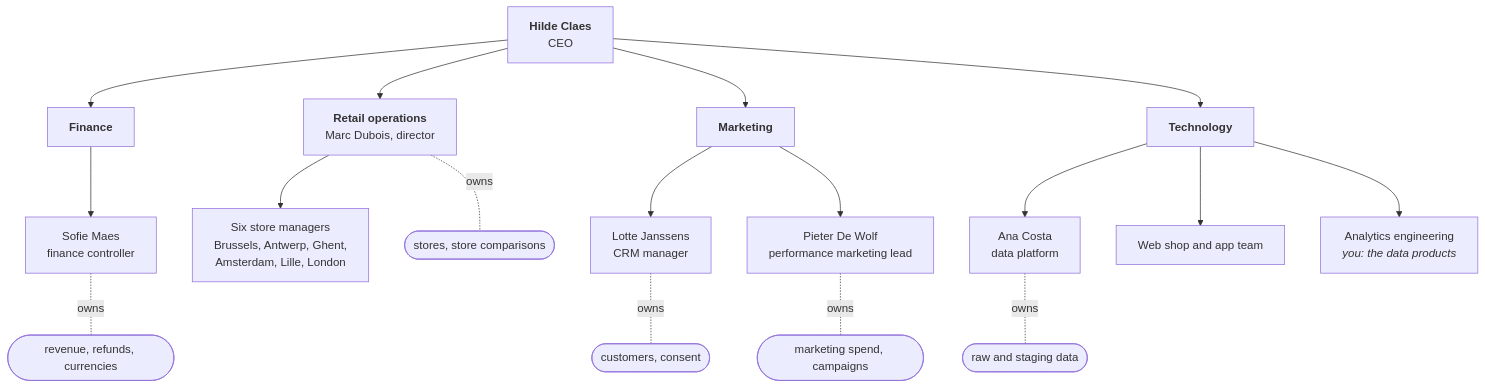
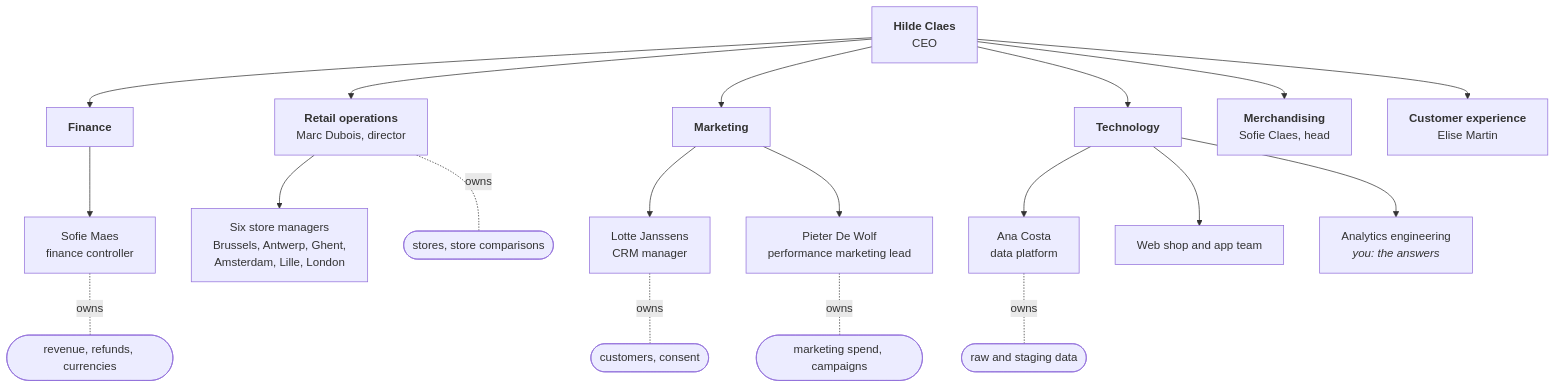
One commit to datamindedacademy/dark-data-product-factory changed the diagram in docs/interviews.md. Above: the diagram before and after it, drawn with Mermaid. The commit also changed other lines of this file and 212 other files, not shown here.

````diff
--- a/docs/interviews.md
+++ b/docs/interviews.md
@@ -14,22 +14,24 @@
 ```mermaid
 flowchart TD
     ceo["<b>Hilde Claes</b><br/>CEO"]
     ceo --> fin["<b>Finance</b>"]
     ceo --> retail["<b>Retail operations</b><br/>Marc Dubois, director"]
     ceo --> mkt["<b>Marketing</b>"]
     ceo --> tech["<b>Technology</b>"]
+    ceo --> merch["<b>Merchandising</b><br/>Sofie Claes, head"]
+    ceo --> cx["<b>Customer experience</b><br/>Elise Martin"]
 
     fin --> sofie["Sofie Maes<br/>finance controller"]
     retail --> stores["Six store managers<br/>Brussels, Antwerp, Ghent,<br/>Amsterdam, Lille, London"]
     mkt --> lotte["Lotte Janssens<br/>CRM manager"]
     mkt --> pieter["Pieter De Wolf<br/>performance marketing lead"]
     tech --> ana["Ana Costa<br/>data platform"]
     tech --> app["Web shop and app team"]
-    tech --> ae["Analytics engineering<br/><i>you: the data products</i>"]
+    tech --> ae["Analytics engineering<br/><i>you: the answers</i>"]
 
     sofie -.-|owns| t1(["revenue, refunds, currencies"])
     lotte -.-|owns| t2(["customers, consent"])
     retail -.-|owns| t3(["stores, store comparisons"])
     pieter -.-|owns| t4(["marketing spend, campaigns"])
     ana -.-|owns| t5(["raw and staging data"])
 ```
````
